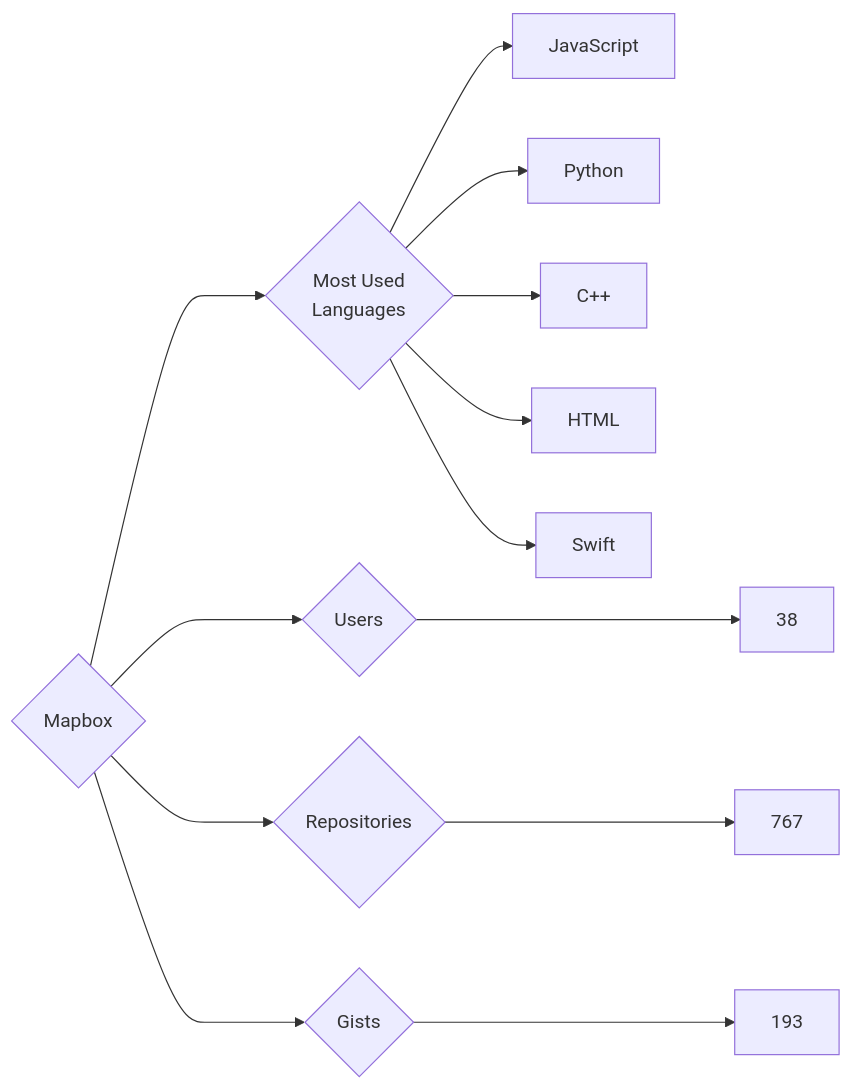
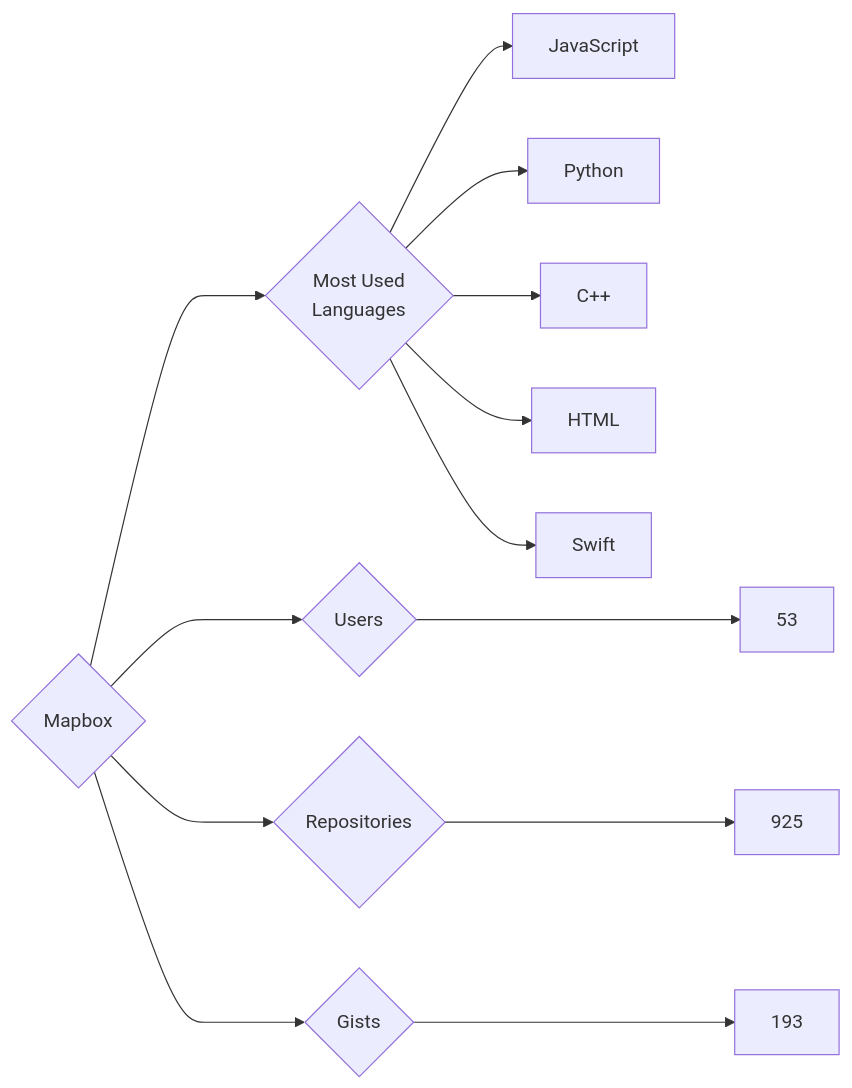
Before and after one commit to trickest/insiders: the diagram in targets/Mapbox/README.md, drawn with Mermaid. The commit also changed 809 other files, not shown here.

````diff
--- a/targets/Mapbox/README.md
+++ b/targets/Mapbox/README.md
@@ -3,13 +3,13 @@
 ```mermaid
 graph LR
 COMPANY_NAME{Mapbox}
-COMPANY_NAME ---> U{Users} ---> UN[38]
-COMPANY_NAME ---> R{Repositories} ---> RN[767]
+COMPANY_NAME ---> U{Users} ---> UN[53]
+COMPANY_NAME ---> R{Repositories} ---> RN[925]
 COMPANY_NAME ---> G{Gists} ---> GN[193]
 COMPANY_NAME ---> ML{Most Used<br>Languages}
 ML --> JavaScript[JavaScript]
 ML --> Python[Python]
 ML --> C++[C++]
 ML --> HTML[HTML]
 ML --> Swift[Swift]
 ```
````
